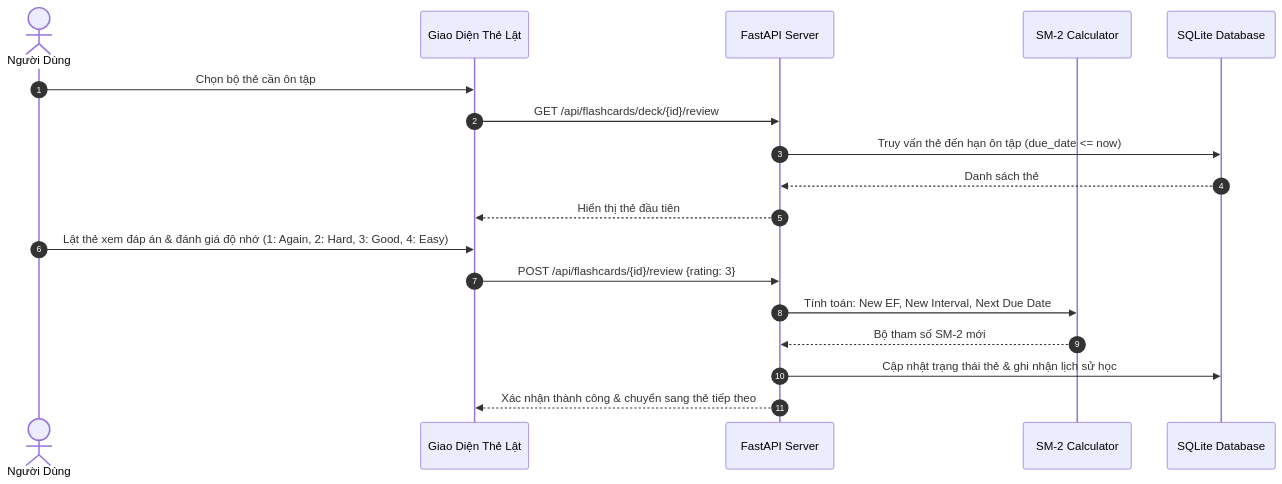
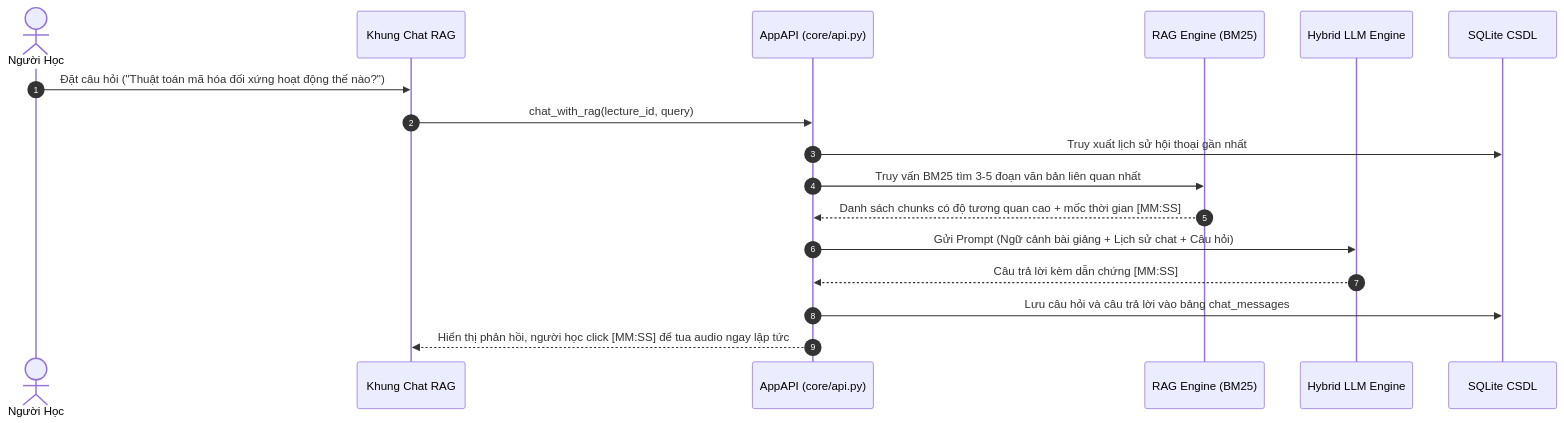
Before and after one commit to dargits/Openmind: the third of 3 diagrams in docs/architecture.md, drawn with Mermaid. The commit also changed other lines of this file and 8 other files, not shown here.

First line of the commit message:
docs: tái cấu trúc toàn diện tài liệu kỹ thuật, dọn dẹp kho lưu trữ và tối ưu bộ tiêu chí chấm mã nguồn PoF 2026

````diff
--- a/docs/architecture.md
+++ b/docs/architecture.md
@@ -129,21 +166,20 @@
 ```mermaid
 sequenceDiagram
     autonumber
-    actor User as Người Dùng
-    participant UI as Giao Diện Thẻ Lật
-    participant API as FastAPI Server
-    participant SRS as SM-2 Calculator
-    participant DB as SQLite Database
+    actor User as Người Học
+    participant UI as Khung Chat RAG
+    participant API as AppAPI (core/api.py)
+    participant RAG as RAG Engine (BM25)
+    participant LLM as Hybrid LLM Engine
+    participant DB as SQLite CSDL
 
-    User->>UI: Chọn bộ thẻ cần ôn tập
-    UI->>API: GET /api/flashcards/deck/{id}/review
-    API->>DB: Truy vấn thẻ đến hạn ôn tập (due_date <= now)
-    DB-->>API: Danh sách thẻ
-    API-->>UI: Hiển thị thẻ đầu tiên
-    User->>UI: Lật thẻ xem đáp án & đánh giá độ nhớ (1: Again, 2: Hard, 3: Good, 4: Easy)
-    UI->>API: POST /api/flashcards/{id}/review {rating: 3}
-    API->>SRS: Tính toán: New EF, New Interval, Next Due Date
-    SRS-->>API: Bộ tham số SM-2 mới
-    API->>DB: Cập nhật trạng thái thẻ & ghi nhận lịch sử học
-    API-->>UI: Xác nhận thành công & chuyển sang thẻ tiếp theo
+    User->>UI: Đặt câu hỏi ("Thuật toán mã hóa đối xứng hoạt động thế nào?")
+    UI->>API: chat_with_rag(lecture_id, query)
+    API->>DB: Truy xuất lịch sử hội thoại gần nhất
+    API->>RAG: Truy vấn BM25 tìm 3-5 đoạn văn bản liên quan nhất
+    RAG-->>API: Danh sách chunks có độ tương quan cao + mốc thời gian [MM:SS]
+    API->>LLM: Gửi Prompt (Ngữ cảnh bài giảng + Lịch sử chat + Câu hỏi)
+    LLM-->>API: Câu trả lời kèm dẫn chứng [MM:SS]
+    API->>DB: Lưu câu hỏi và câu trả lời vào bảng chat_messages
+    API-->>UI: Hiển thị phản hồi, người học click [MM:SS] để tua audio ngay lập tức
 ```
````
